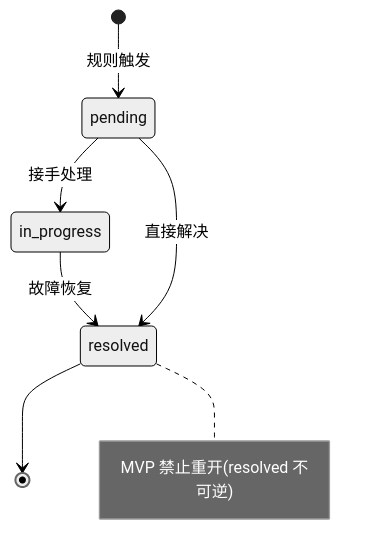
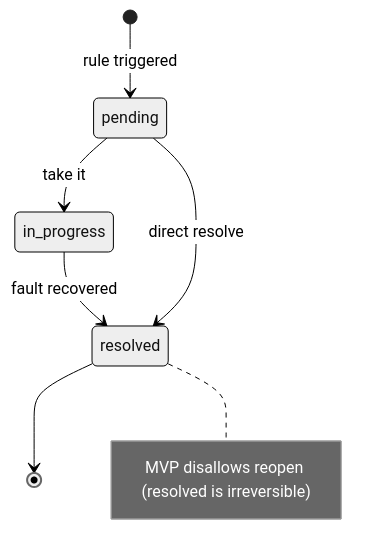
The fifth of 5 diagrams in docs/user-journey.md (whg517/node-pulse), drawn with Mermaid (neutral theme) before and after one commit. The commit also changed other lines of this file and 10 other files, not shown here.

````diff
--- a/docs/user-journey.md
+++ b/docs/user-journey.md
@@ -529,9 +509,9 @@
 ```mermaid
 stateDiagram-v2
-    [*] --> pending: 规则触发
-    pending --> in_progress: 接手处理
-    in_progress --> resolved: 故障恢复
-    pending --> resolved: 直接解决
+    [*] --> pending: rule triggered
+    pending --> in_progress: take it
+    in_progress --> resolved: fault recovered
+    pending --> resolved: direct resolve
     resolved --> [*]
-    note right of resolved: MVP 禁止重开(resolved 不可逆)
+    note right of resolved: MVP disallows reopen (resolved is irreversible)
 ```
````
